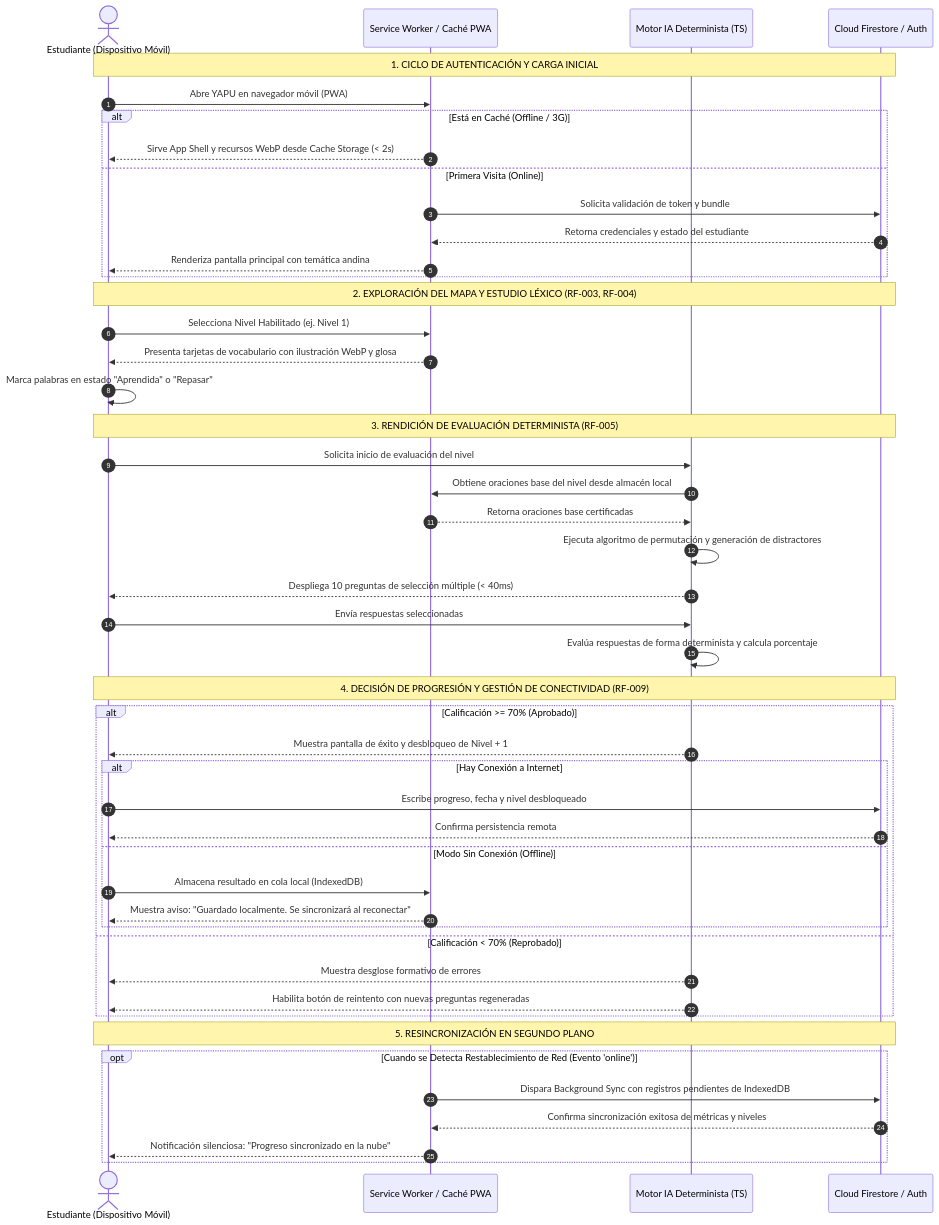
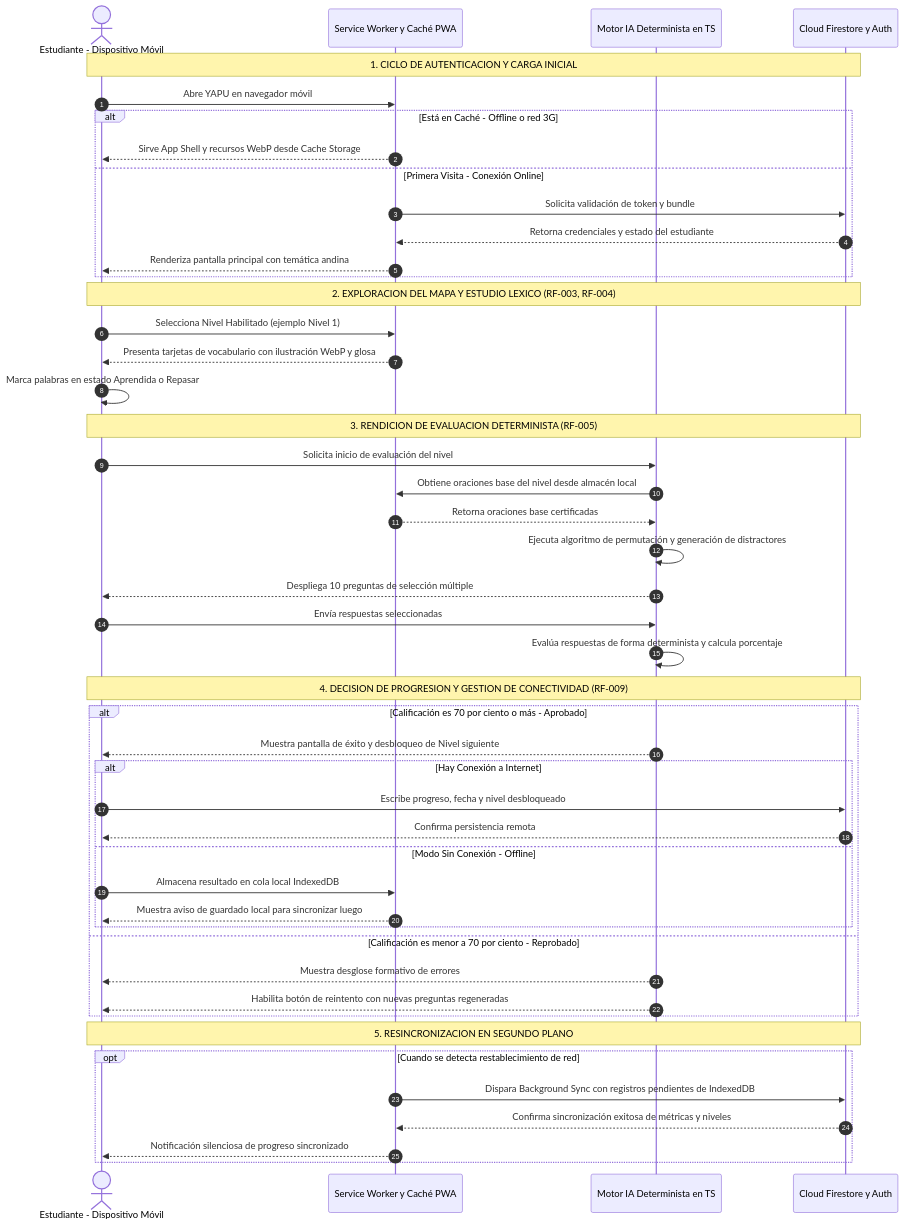
The fifth of 8 diagrams in Docs/mapa_de_diagramas.md (upds-software-engineering/Yapu), drawn with Mermaid before and after one commit. The commit also changed other lines of this file, not shown here.

Commit message:
docs: add architectural and behavioral UML diagram map for YAPU project

````diff
--- a/Docs/mapa_de_diagramas.md
+++ b/Docs/mapa_de_diagramas.md
@@ -320,55 +313,55 @@
 ```mermaid
 sequenceDiagram
     autonumber
-    actor U as Estudiante (Dispositivo Móvil)
-    participant SW as Service Worker / Caché PWA
-    participant AI as Motor IA Determinista (TS)
-    participant DB as Cloud Firestore / Auth
+    actor U as Estudiante - Dispositivo Móvil
+    participant SW as Service Worker y Caché PWA
+    participant AI as Motor IA Determinista en TS
+    participant DB as Cloud Firestore y Auth
 
-    Note over U,DB: 1. CICLO DE AUTENTICACIÓN Y CARGA INICIAL
-    U->>SW: Abre YAPU en navegador móvil (PWA)
-    alt Está en Caché (Offline / 3G)
-        SW-->>U: Sirve App Shell y recursos WebP desde Cache Storage (< 2s)
-    else Primera Visita (Online)
+    Note over U,DB: 1. CICLO DE AUTENTICACION Y CARGA INICIAL
+    U->>SW: Abre YAPU en navegador móvil
+    alt Está en Caché - Offline o red 3G
+        SW-->>U: Sirve App Shell y recursos WebP desde Cache Storage
+    else Primera Visita - Conexión Online
         SW->>DB: Solicita validación de token y bundle
         DB-->>SW: Retorna credenciales y estado del estudiante
         SW-->>U: Renderiza pantalla principal con temática andina
     end
 
-    Note over U,DB: 2. EXPLORACIÓN DEL MAPA Y ESTUDIO LÉXICO (RF-003, RF-004)
-    U->>SW: Selecciona Nivel Habilitado (ej. Nivel 1)
+    Note over U,DB: 2. EXPLORACION DEL MAPA Y ESTUDIO LEXICO (RF-003, RF-004)
+    U->>SW: Selecciona Nivel Habilitado (ejemplo Nivel 1)
     SW-->>U: Presenta tarjetas de vocabulario con ilustración WebP y glosa
-    U->>U: Marca palabras en estado "Aprendida" o "Repasar"
+    U->>U: Marca palabras en estado Aprendida o Repasar
 
-    Note over U,DB: 3. RENDICIÓN DE EVALUACIÓN DETERMINISTA (RF-005)
+    Note over U,DB: 3. RENDICION DE EVALUACION DETERMINISTA (RF-005)
     U->>AI: Solicita inicio de evaluación del nivel
     AI->>SW: Obtiene oraciones base del nivel desde almacén local
     SW-->>AI: Retorna oraciones base certificadas
     AI->>AI: Ejecuta algoritmo de permutación y generación de distractores
-    AI-->>U: Despliega 10 preguntas de selección múltiple (< 40ms)
+    AI-->>U: Despliega 10 preguntas de selección múltiple
     
     U->>AI: Envía respuestas seleccionadas
     AI->>AI: Evalúa respuestas de forma determinista y calcula porcentaje
 
-    Note over U,DB: 4. DECISIÓN DE PROGRESIÓN Y GESTIÓN DE CONECTIVIDAD (RF-009)
-    alt Calificación >= 70% (Aprobado)
-        AI-->>U: Muestra pantalla de éxito y desbloqueo de Nivel + 1
+    Note over U,DB: 4. DECISION DE PROGRESION Y GESTION DE CONECTIVIDAD (RF-009)
+    alt Calificación es 70 por ciento o más - Aprobado
+        AI-->>U: Muestra pantalla de éxito y desbloqueo de Nivel siguiente
         alt Hay Conexión a Internet
             U->>DB: Escribe progreso, fecha y nivel desbloqueado
             DB-->>U: Confirma persistencia remota
-        else Modo Sin Conexión (Offline)
-            U->>SW: Almacena resultado en cola local (IndexedDB)
-            SW-->>U: Muestra aviso: "Guardado localmente. Se sincronizará al reconectar"
+        else Modo Sin Conexión - Offline
+            U->>SW: Almacena resultado en cola local IndexedDB
+            SW-->>U: Muestra aviso de guardado local para sincronizar luego
         end
-    else Calificación < 70% (Reprobado)
+    else Calificación es menor a 70 por ciento - Reprobado
         AI-->>U: Muestra desglose formativo de errores
         AI-->>U: Habilita botón de reintento con nuevas preguntas regeneradas
     end
 
-    Note over U,DB: 5. RESINCRONIZACIÓN EN SEGUNDO PLANO
-    opt Cuando se Detecta Restablecimiento de Red (Evento 'online')
+    Note over U,DB: 5. RESINCRONIZACION EN SEGUNDO PLANO
+    opt Cuando se detecta restablecimiento de red
         SW->>DB: Dispara Background Sync con registros pendientes de IndexedDB
         DB-->>SW: Confirma sincronización exitosa de métricas y niveles
-        SW-->>U: Notificación silenciosa: "Progreso sincronizado en la nube"
+        SW-->>U: Notificación silenciosa de progreso sincronizado
     end
 ```
````
